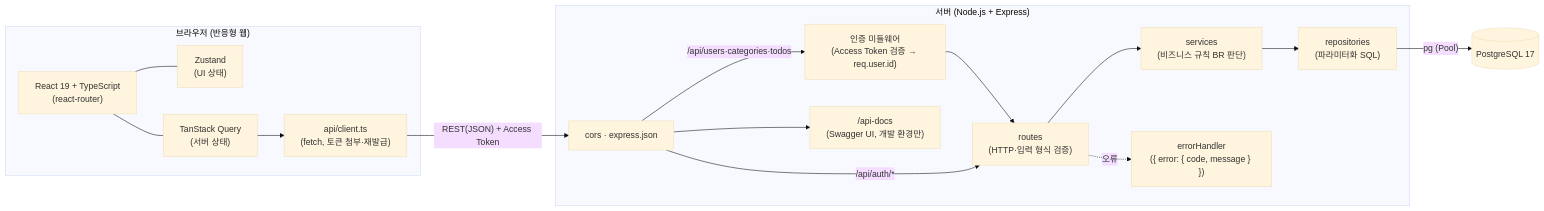
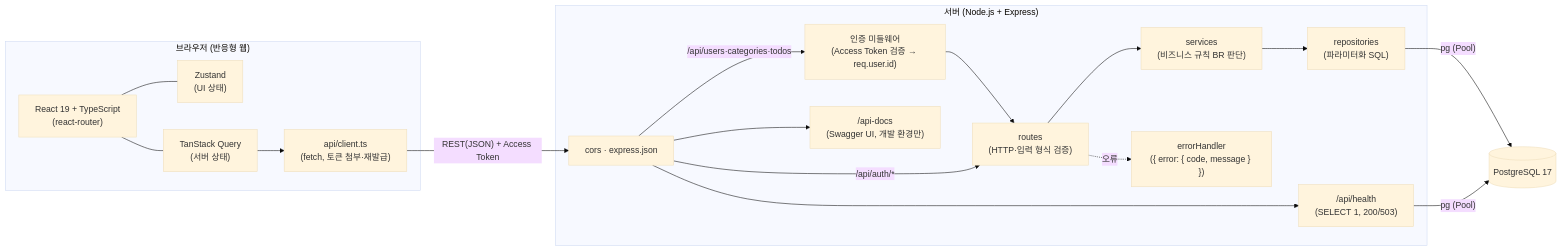
One commit to jeongsulee/team-caltalk changed the first of 3 diagrams in docs/6-arch-diagram.md. Above: the diagram before and after it, drawn with Mermaid (base theme). The commit also changed other lines of this file and 6 other files, not shown here.

````diff
--- a/docs/6-arch-diagram.md
+++ b/docs/6-arch-diagram.md
@@ -9,32 +9,35 @@
 ```mermaid
 flowchart LR
     subgraph Browser["브라우저 (반응형 웹)"]
         UI["React 19 + TypeScript<br/>(react-router)"]
         ZS["Zustand<br/>(UI 상태)"]
         TQ["TanStack Query<br/>(서버 상태)"]
         CL["api/client.ts<br/>(fetch, 토큰 첨부·재발급)"]
         UI --- ZS
         UI --- TQ
         TQ --> CL
     end
 
     subgraph Server["서버 (Node.js + Express)"]
         MW["cors · express.json"]
         AUTH["인증 미들웨어<br/>(Access Token 검증 → req.user.id)"]
         R["routes<br/>(HTTP·입력 형식 검증)"]
         S["services<br/>(비즈니스 규칙 BR 판단)"]
         REPO["repositories<br/>(파라미터화 SQL)"]
         EH["errorHandler<br/>({ error: { code, message } })"]
         DOCS["/api-docs<br/>(Swagger UI, 개발 환경만)"]
         MW -->|"/api/users·categories·todos"| AUTH --> R
         MW -->|"/api/auth/*"| R
+        HC["/api/health<br/>(SELECT 1, 200/503)"]
+        MW --> HC
         MW --> DOCS
         R --> S --> REPO
         R -.->|"오류"| EH
     end
 
     DB[("PostgreSQL 17")]
 
     CL -->|"REST(JSON) + Access Token"| MW
     REPO -->|"pg (Pool)"| DB
+    HC -->|"pg (Pool)"| DB
 ```
````
